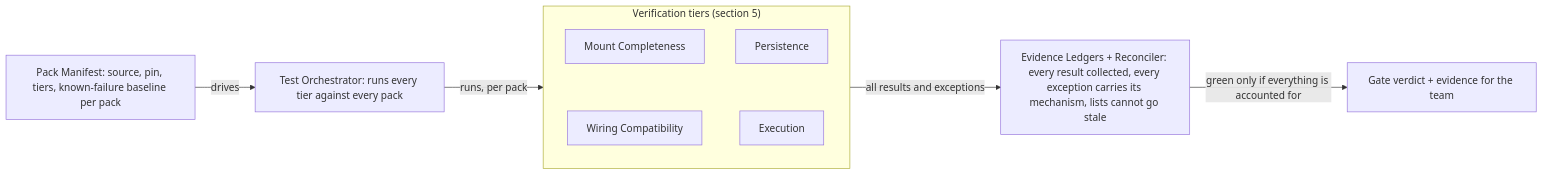
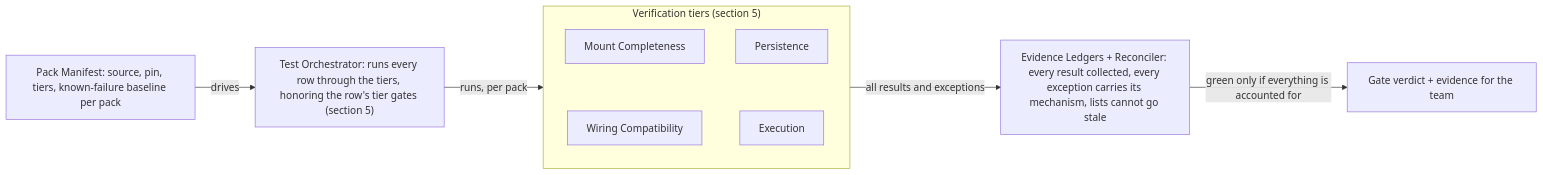
The third of 9 diagrams in browser_tests/tests/customNodes/ARCHITECTURE.md (Comfy-Org/ComfyUI_frontend), drawn with Mermaid before and after one commit. The commit also changed other lines of this file and 2 other files, not shown here.

First line of the commit message:
docs(custom-nodes): regression-suite title, tier gating truth, verified stack claims

````diff
--- a/browser_tests/tests/customNodes/ARCHITECTURE.md
+++ b/browser_tests/tests/customNodes/ARCHITECTURE.md
@@ -186,20 +180,20 @@
 ```mermaid
 %%{init: {"flowchart": {"wrappingWidth": 240}}}%%
 flowchart LR
     MAN["Pack Manifest: source, pin, tiers, known-failure baseline per pack"]
-    ORCH["Test Orchestrator: runs every tier against every pack"]
+    ORCH["Test Orchestrator: runs every row through the tiers, honoring the row's tier gates (section 5)"]
     subgraph TIERS ["Verification tiers (section 5)"]
         TM["Mount Completeness"]
         TP["Persistence"]
         TW["Wiring Compatibility"]
         TX["Execution"]
         TM ~~~ TW
         TP ~~~ TX
     end
     EVID["Evidence Ledgers + Reconciler: every result collected, every exception carries its mechanism, lists cannot go stale"]
     GATE["Gate verdict + evidence for the team"]
     MAN -->|"drives"| ORCH
     ORCH -->|"runs, per pack"| TIERS
     TIERS -->|"all results and exceptions"| EVID
     EVID -->|"green only if everything is accounted for"| GATE
 ```
````
